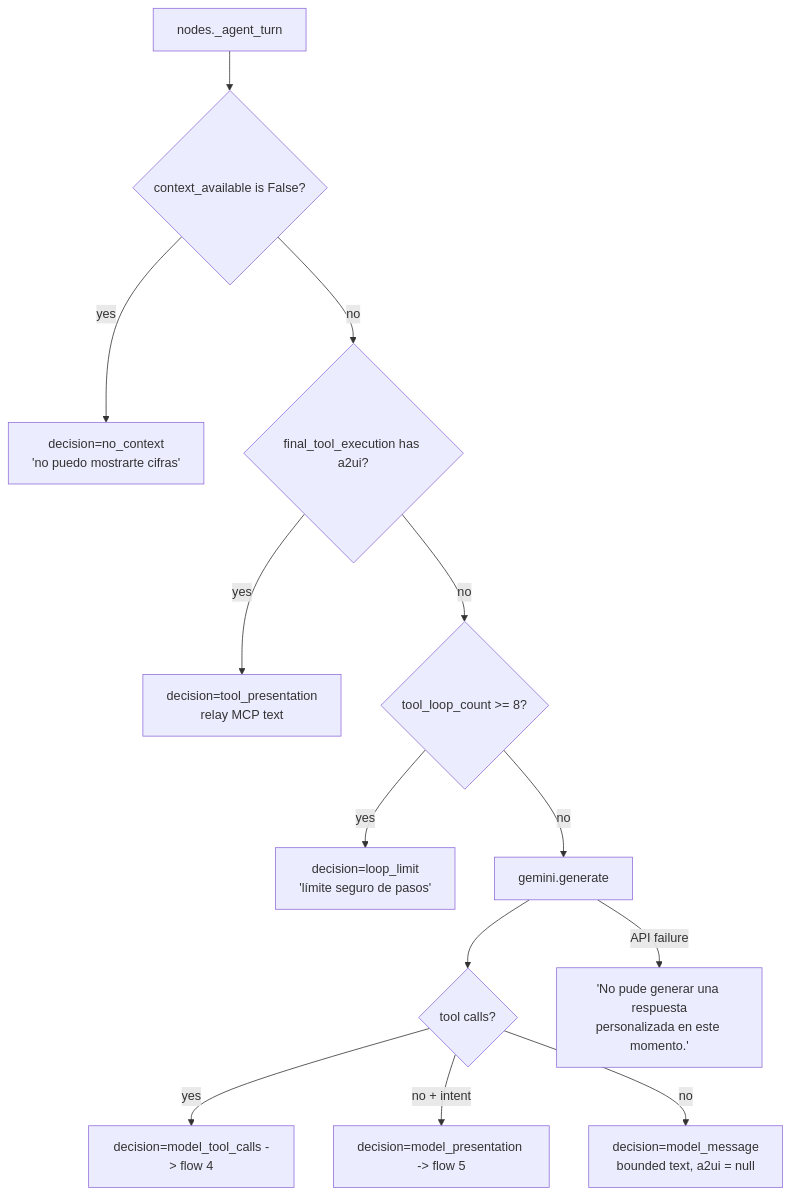
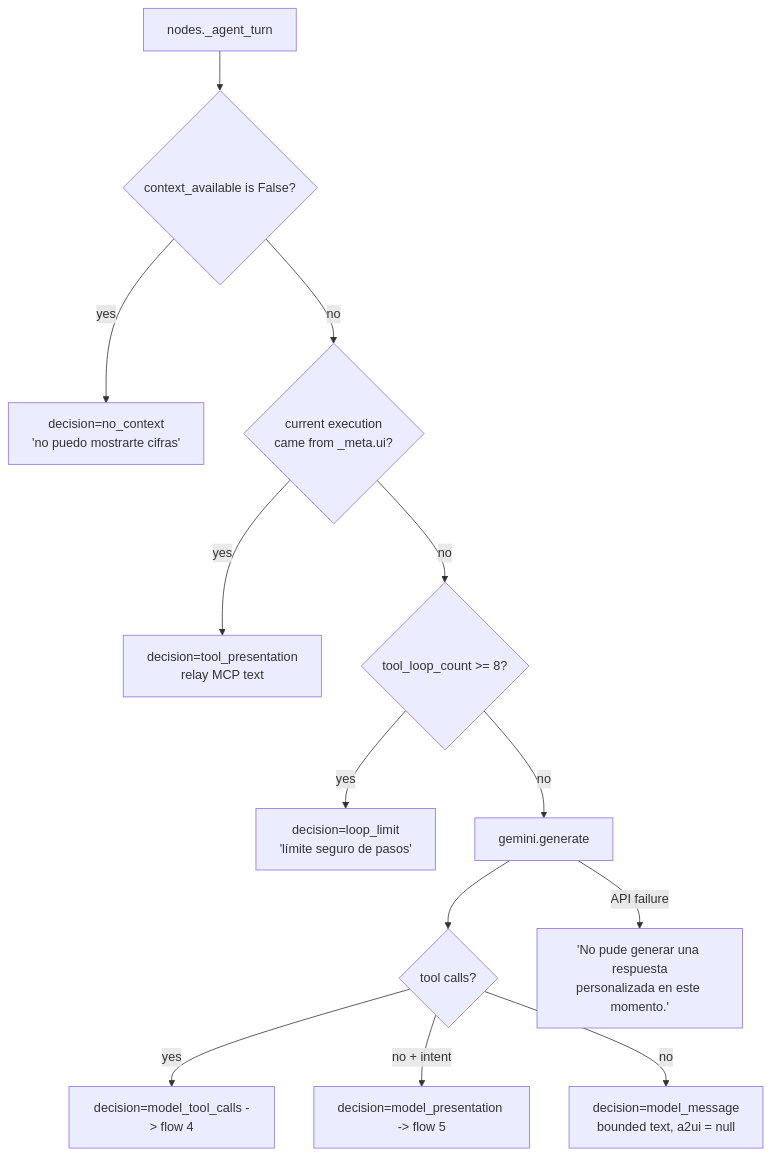
Before and after one commit to JpAboytes/hackmty2026-agent: the ninth of 9 diagrams in docs/FLOWS.md, drawn with Mermaid. The commit also changed other lines of this file and 20 other files, not shown here.

````diff
--- a/docs/FLOWS.md
+++ b/docs/FLOWS.md
@@ -297,15 +300,15 @@
 ```mermaid
 flowchart TD
   A[nodes._agent_turn] --> B{context_available is False?}
   B -->|yes| C["decision=no_context<br/>'no puedo mostrarte cifras'"]
-  B -->|no| D{final_tool_execution has a2ui?}
+  B -->|no| D{current execution<br/>came from _meta.ui?}
   D -->|yes| E[decision=tool_presentation<br/>relay MCP text]
   D -->|no| F{tool_loop_count >= 8?}
   F -->|yes| G[decision=loop_limit<br/>'límite seguro de pasos']
   F -->|no| H[gemini.generate]
   H --> I{tool calls?}
   I -->|yes| J[decision=model_tool_calls -> flow 4]
   I -->|no + intent| K[decision=model_presentation -> flow 5]
   I -->|no| L[decision=model_message<br/>bounded text, a2ui = null]
   H -->|API failure| M["'No pude generar una respuesta<br/>personalizada en este momento.'"]
 ```
````
